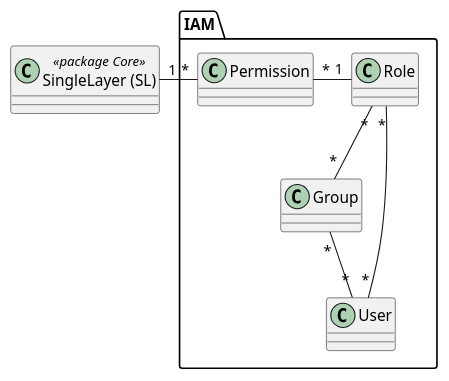
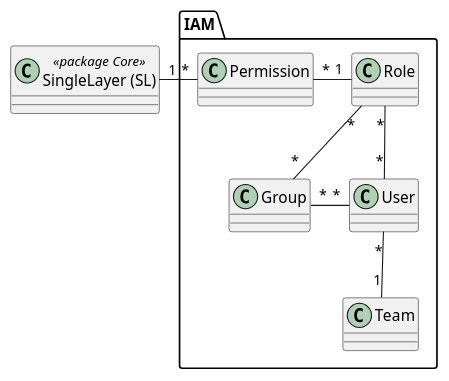
Before and after one commit to simi-so/mm: the diagram in puml/src/simi_iam.puml, drawn with PlantUML. The commit also changed 16 other files, not shown here.

```diff
--- a/puml/src/simi_iam.puml
+++ b/puml/src/simi_iam.puml
@@ -1,17 +1,20 @@
 @startuml
 package IAM {
 class "Group" as grp
 class "User" as usr
+class "Team" as team
 class "Role" as role
 class "Permission" as perm
 }
 
 class "SingleLayer (SL)" as sl << package Core >>
 
 sl "1" -right- "*" perm
 perm "*" -right- "1" role
 
 role "*" -- "*" grp
 role "*" -- "*" usr
-grp "*" -- "*" usr
+grp "*" -right- "*" usr
+
+usr "*" -- "1" team
 @enduml
```
